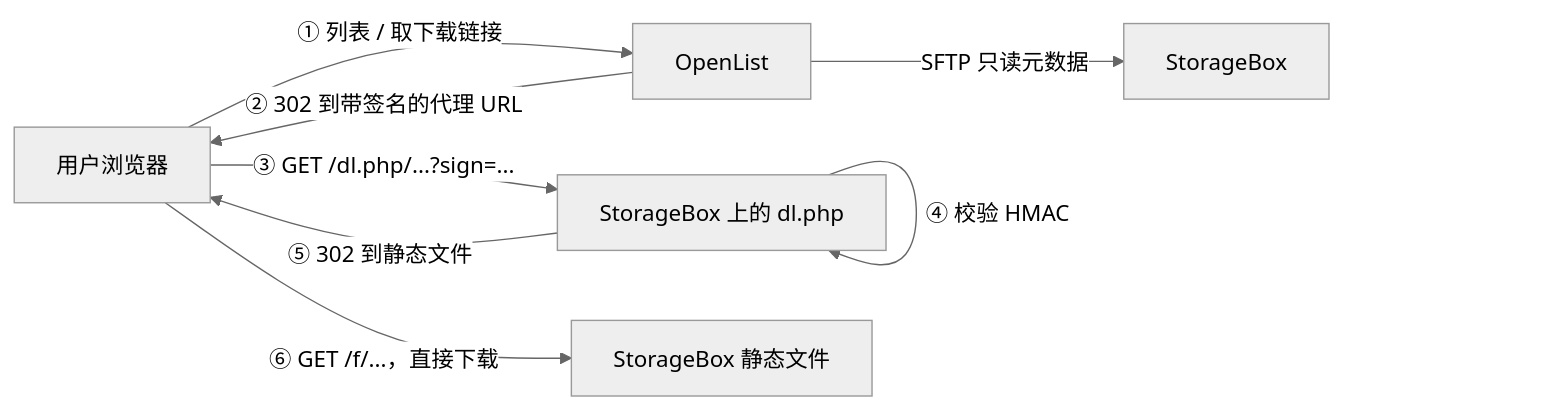
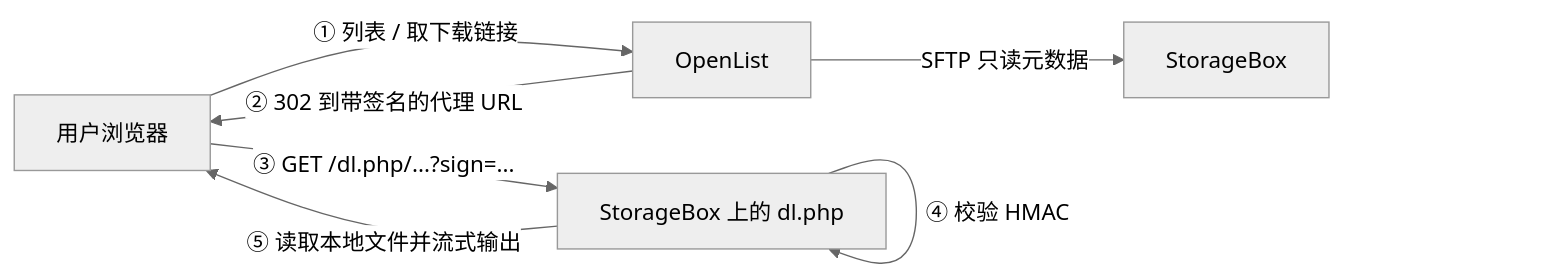
One commit to powerfullz/openlist-proxy-storagebox changed the second of 3 diagrams in README.md. Above: the diagram before and after it, drawn with Mermaid (neutral theme). The commit also changed other lines of this file, not shown here.

````diff
--- a/README.md
+++ b/README.md
@@ -31,10 +32,9 @@
 ```mermaid
 flowchart LR
     U["用户浏览器"] -->|"① 列表 / 取下载链接"| O["OpenList"]
     O -->|"SFTP 只读元数据"| S["StorageBox"]
     O -->|"② 302 到带签名的代理 URL"| U
     U -->|"③ GET /dl.php/...?sign=..."| P["StorageBox 上的 dl.php"]
     P -->|"④ 校验 HMAC"| P
-    P -->|"⑤ 302 到静态文件"| U
-    U -->|"⑥ GET /f/...，直接下载"| F["StorageBox 静态文件"]
+    P -->|"⑤ 读取本地文件并流式输出"| U
 ```
````
